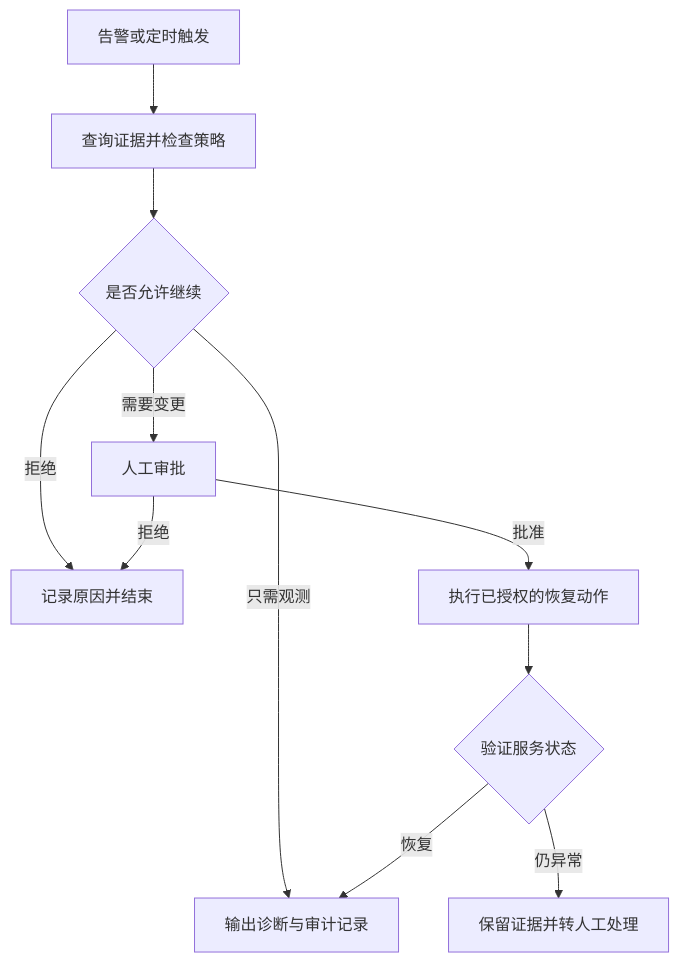
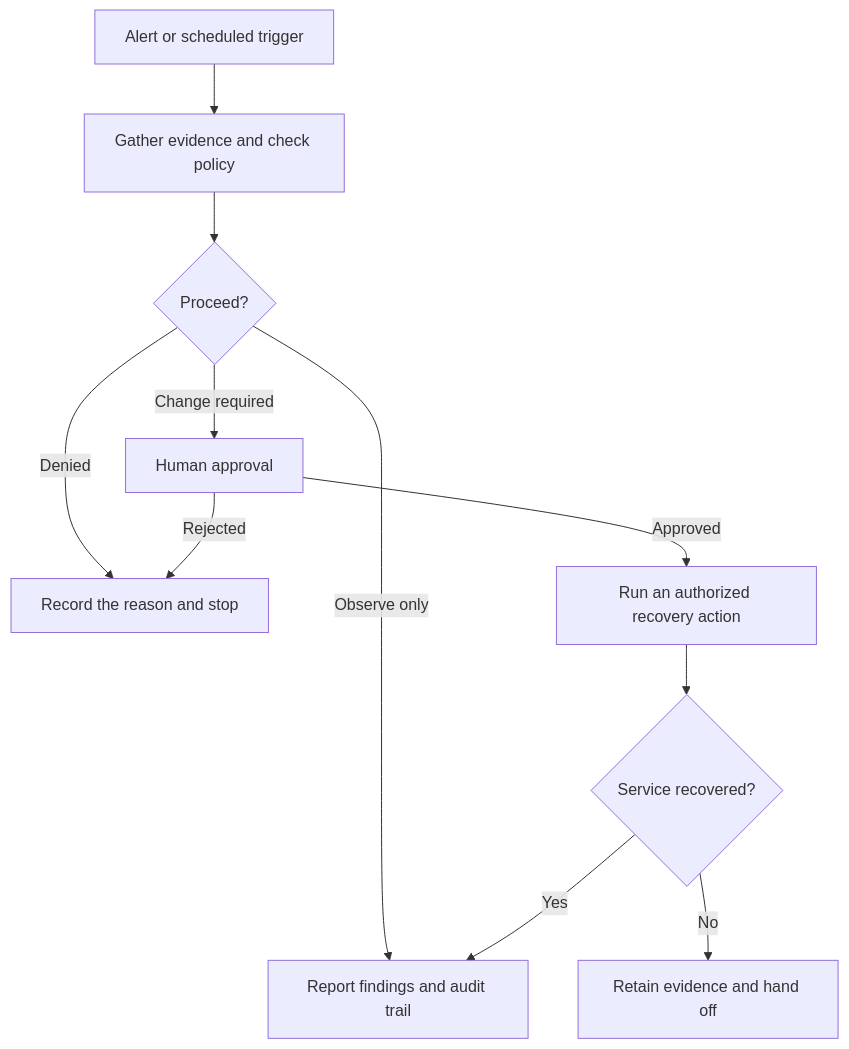
One commit to xzgzszrh/BoringPanel changed the diagram in README.md. Above: the diagram before and after it, drawn with Mermaid. The commit also changed other lines of this file and 1 other file, not shown here.

````diff
--- a/README.md
+++ b/README.md
@@ -72,13 +74,13 @@
 ```mermaid
 flowchart TD
-    A[告警或定时触发] --> B[查询证据并检查策略]
-    B --> C{是否允许继续}
-    C -->|拒绝| D[记录原因并结束]
-    C -->|需要变更| E[人工审批]
-    C -->|只需观测| H[输出诊断与审计记录]
-    E -->|拒绝| D
-    E -->|批准| F[执行已授权的恢复动作]
-    F --> G{验证服务状态}
-    G -->|恢复| H
-    G -->|仍异常| I[保留证据并转人工处理]
+    A[Alert or scheduled trigger] --> B[Gather evidence and check policy]
+    B --> C{Proceed?}
+    C -->|Denied| D[Record the reason and stop]
+    C -->|Change required| E[Human approval]
+    C -->|Observe only| H[Report findings and audit trail]
+    E -->|Rejected| D
+    E -->|Approved| F[Run an authorized recovery action]
+    F --> G{Service recovered?}
+    G -->|Yes| H
+    G -->|No| I[Retain evidence and hand off]
 ```
````
